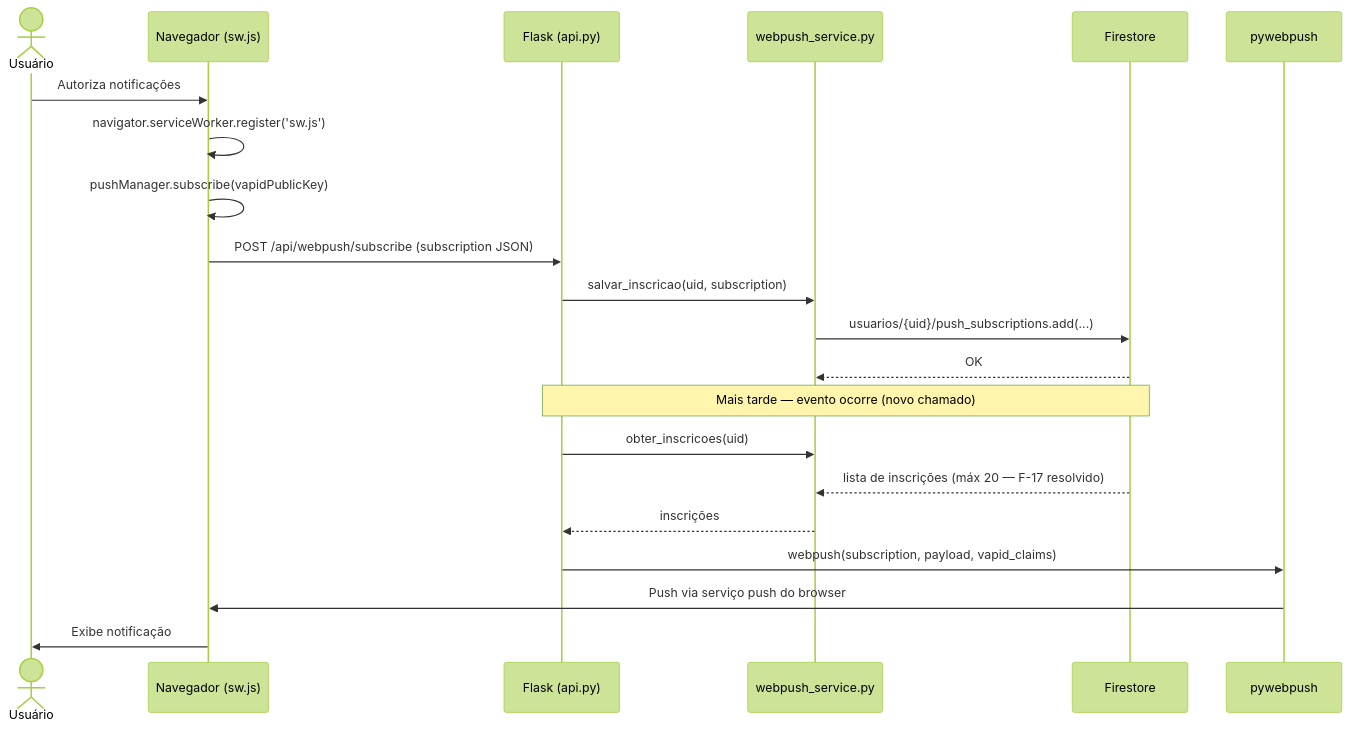
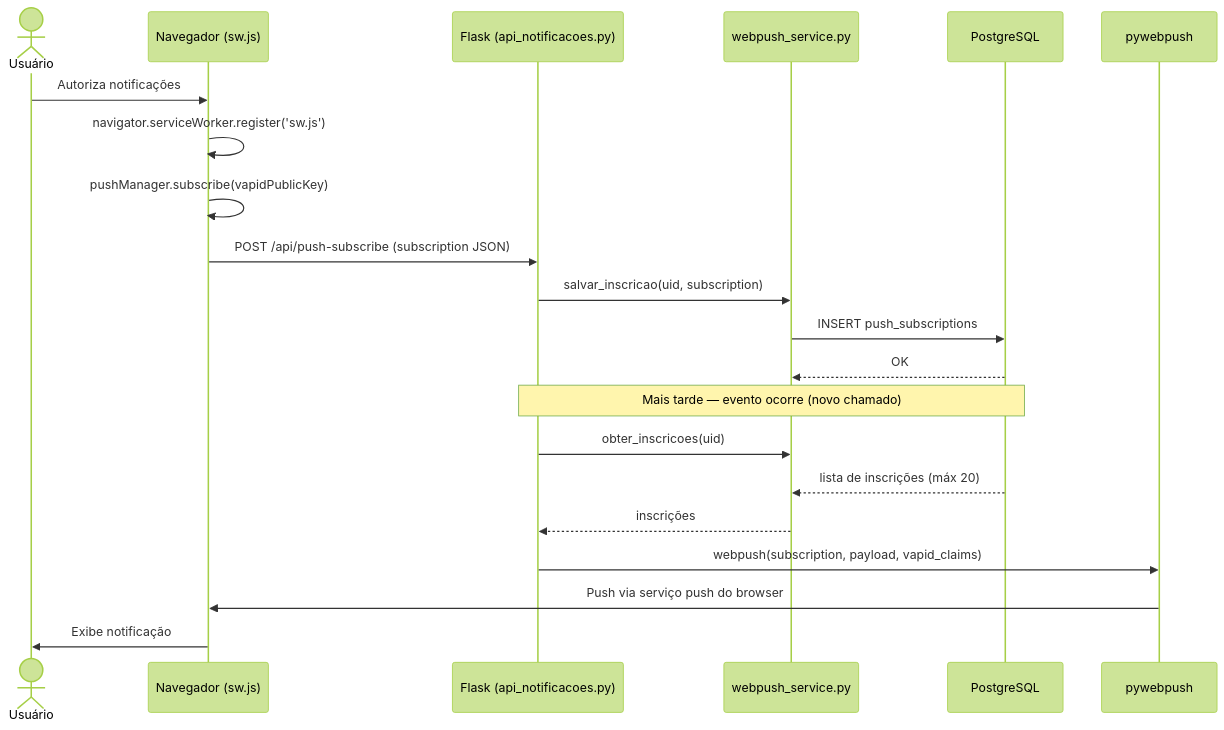
The eighth of 10 diagrams in docs/ARQUITETURA.md (matheusth16/sistema-chamados-dtx), drawn with Mermaid (forest theme) before and after one commit. The commit also changed other lines of this file, not shown here.

````diff
--- a/docs/ARQUITETURA.md
+++ b/docs/ARQUITETURA.md
@@ -524,24 +614,24 @@
 ```mermaid
 sequenceDiagram
     actor U as Usuário
     participant B as Navegador (sw.js)
-    participant F as Flask (api.py)
+    participant F as Flask (api_notificacoes.py)
     participant WP as webpush_service.py
-    participant FS as Firestore
+    participant DB as PostgreSQL
     participant PY as pywebpush
 
     U->>B: Autoriza notificações
     B->>B: navigator.serviceWorker.register('sw.js')
     B->>B: pushManager.subscribe(vapidPublicKey)
-    B->>F: POST /api/webpush/subscribe (subscription JSON)
+    B->>F: POST /api/push-subscribe (subscription JSON)
     F->>WP: salvar_inscricao(uid, subscription)
-    WP->>FS: usuarios/{uid}/push_subscriptions.add(...)
-    FS-->>WP: OK
-    Note over F,FS: Mais tarde — evento ocorre (novo chamado)
+    WP->>DB: INSERT push_subscriptions
+    DB-->>WP: OK
+    Note over F,DB: Mais tarde — evento ocorre (novo chamado)
     F->>WP: obter_inscricoes(uid)
-    FS-->>WP: lista de inscrições (máx 20 — F-17 resolvido)
+    DB-->>WP: lista de inscrições (máx 20)
     WP-->>F: inscrições
     F->>PY: webpush(subscription, payload, vapid_claims)
     PY->>B: Push via serviço push do browser
     B->>U: Exibe notificação
 ```
````
